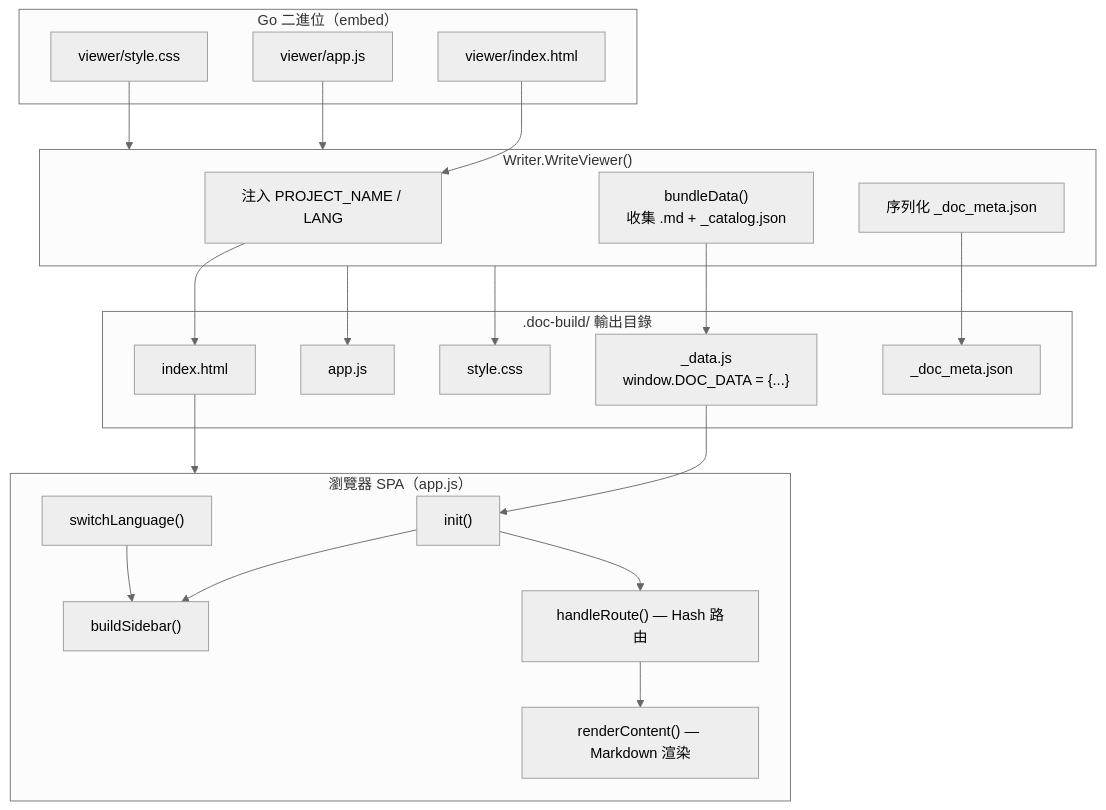
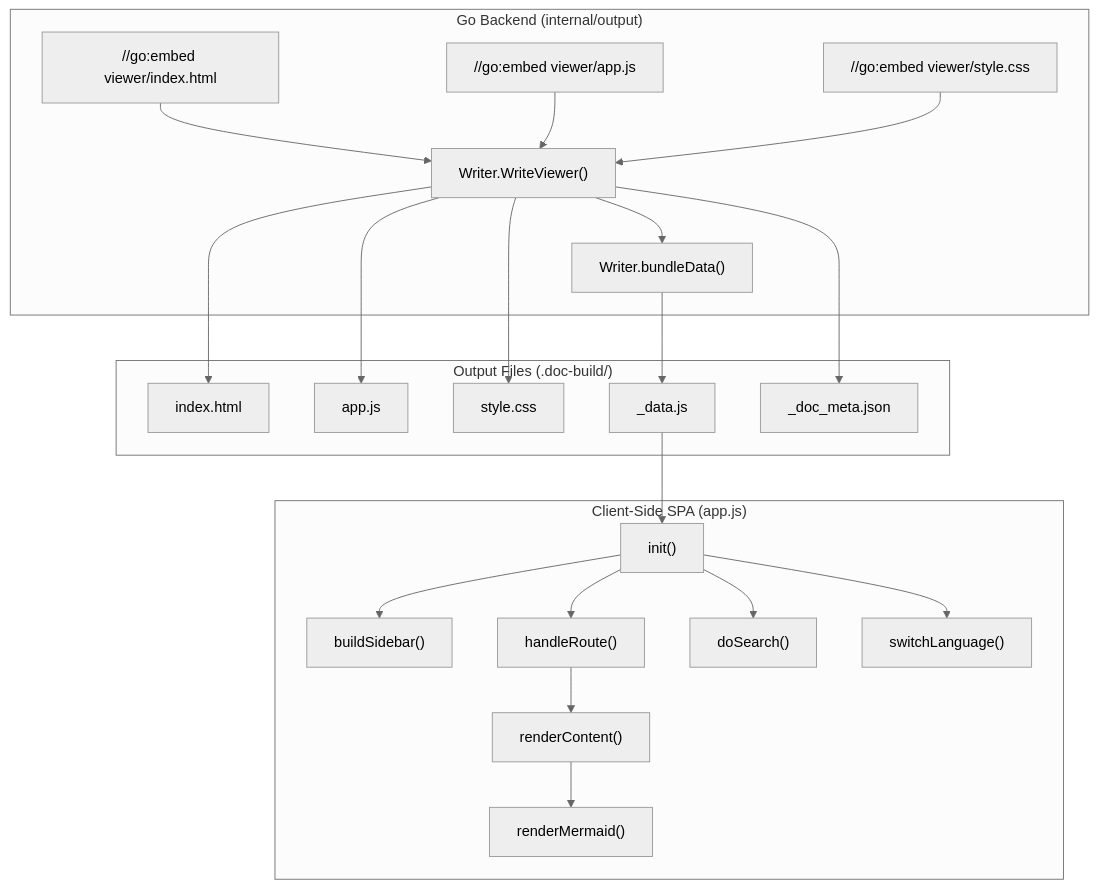
One commit to monkenWu/selfmd-claude-code changed the first of 2 diagrams in docs/core-modules/static-viewer/index.md. Above: the diagram before and after it, drawn with Mermaid (neutral theme). The commit also changed other lines of this file and 145 other files, not shown here.

````diff
--- a/docs/core-modules/static-viewer/index.md
+++ b/docs/core-modules/static-viewer/index.md
@@ -28,46 +18,46 @@
 ```mermaid
 flowchart TD
-    subgraph Go_Build["Go 二進位（embed）"]
-        EmbedHTML["viewer/index.html"]
-        EmbedJS["viewer/app.js"]
-        EmbedCSS["viewer/style.css"]
+    subgraph Go_Backend ["Go Backend (internal/output)"]
+        WriteViewer["Writer.WriteViewer()"]
+        BundleData["Writer.bundleData()"]
+        EmbedHTML["//go:embed viewer/index.html"]
+        EmbedJS["//go:embed viewer/app.js"]
+        EmbedCSS["//go:embed viewer/style.css"]
     end
 
-    subgraph WriteViewer["Writer.WriteViewer()"]
-        Inject["注入 PROJECT_NAME / LANG"]
-        BundleData["bundleData()\n收集 .md + _catalog.json"]
-        DocMeta["序列化 _doc_meta.json"]
+    subgraph Output_Files ["Output Files (.doc-build/)"]
+        IndexHTML["index.html"]
+        AppJS["app.js"]
+        StyleCSS["style.css"]
+        DataJS["_data.js"]
+        DocMetaJSON["_doc_meta.json"]
     end
 
-    subgraph Output[".doc-build/ 輸出目錄"]
-        OutHTML["index.html"]
-        OutJS["app.js"]
-        OutCSS["style.css"]
-        OutData["_data.js\nwindow.DOC_DATA = {...}"]
-        OutMeta["_doc_meta.json"]
+    subgraph Client_Side ["Client-Side SPA (app.js)"]
+        Init["init()"]
+        Sidebar["buildSidebar()"]
+        Router["handleRoute()"]
+        Renderer["renderContent()"]
+        Search["doSearch()"]
+        LangSwitch["switchLanguage()"]
+        MermaidRender["renderMermaid()"]
     end
 
-    subgraph Browser["瀏覽器 SPA（app.js）"]
-        Init["init()"]
-        Sidebar["buildSidebar()"]
-        Router["handleRoute() — Hash 路由"]
-        Render["renderContent() — Markdown 渲染"]
-        LangSwitch["switchLanguage()"]
-    end
-
-    EmbedHTML --> Inject
+    EmbedHTML --> WriteViewer
     EmbedJS --> WriteViewer
     EmbedCSS --> WriteViewer
-    Inject --> OutHTML
-    BundleData --> OutData
-    DocMeta --> OutMeta
-    WriteViewer --> OutJS
-    WriteViewer --> OutCSS
+    WriteViewer --> IndexHTML
+    WriteViewer --> AppJS
+    WriteViewer --> StyleCSS
+    WriteViewer --> DocMetaJSON
+    WriteViewer --> BundleData
+    BundleData --> DataJS
 
-    OutHTML --> Browser
-    OutData --> Init
+    DataJS --> Init
     Init --> Sidebar
     Init --> Router
-    Router --> Render
-    LangSwitch --> Sidebar
+    Router --> Renderer
+    Renderer --> MermaidRender
+    Init --> Search
+    Init --> LangSwitch
 ```
````
